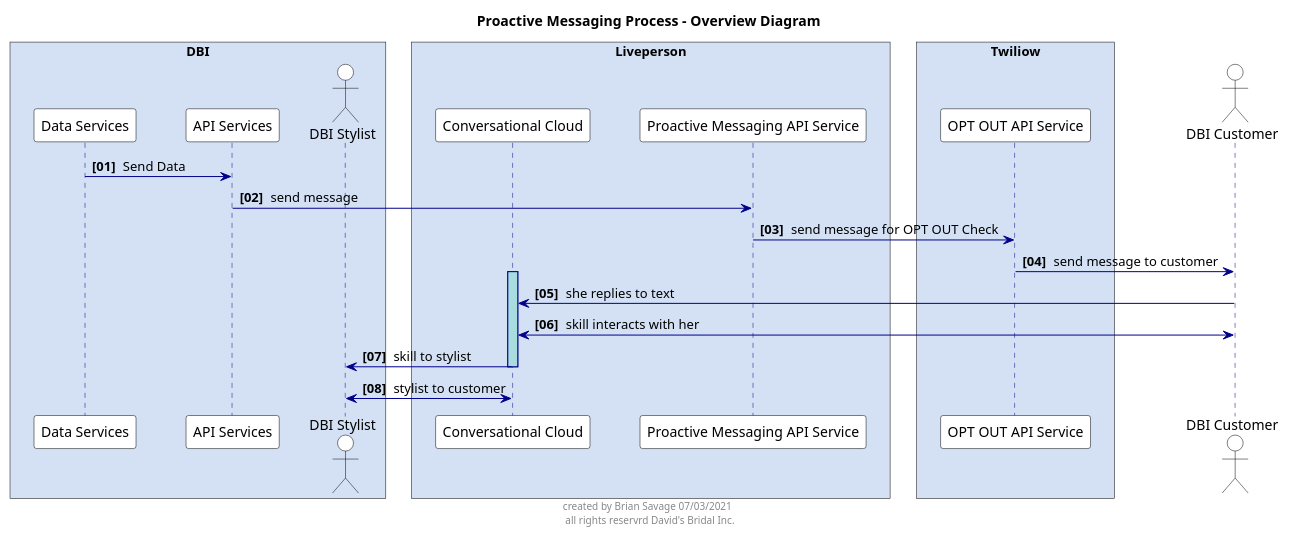
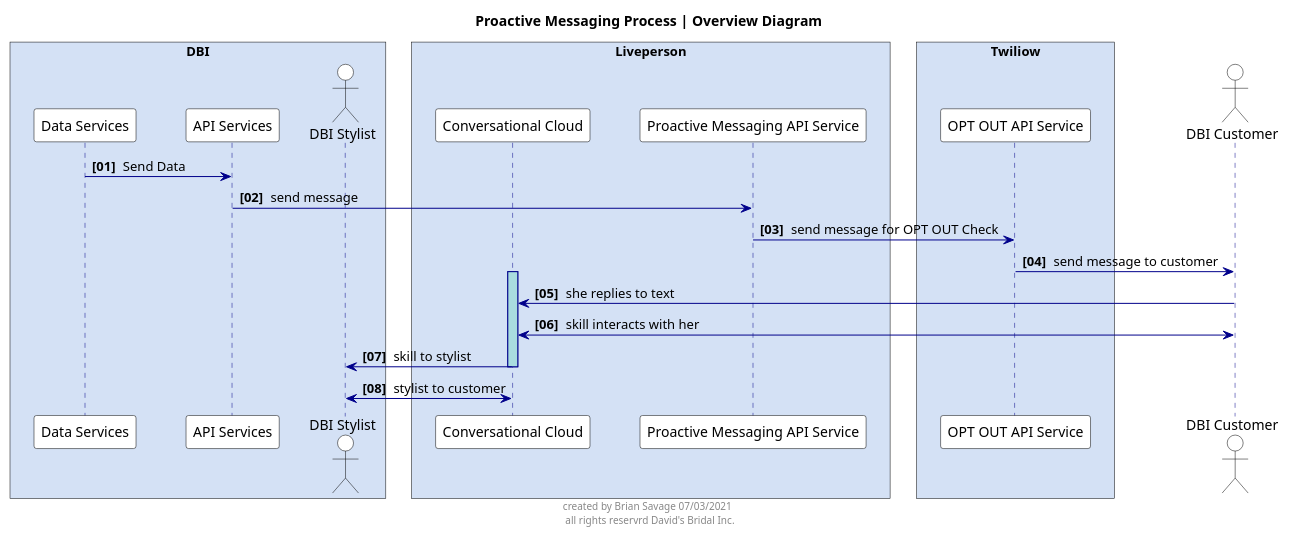
One commit to bsavage-dbi/assets changed the diagram in diagrams/proactive-messaging-overview.puml. Above: the diagram before and after it, drawn with PlantUML. The commit also changed 11 other files, not shown here.

```diff
--- a/diagrams/proactive-messaging-overview.puml
+++ b/diagrams/proactive-messaging-overview.puml
@@ -1,55 +1,55 @@
 @startuml
 
 skinparam sequenceBoxBorderColor #black
 skinparam NoteBorderColor #black
 
 skinparam sequence {
     ArrowColor DarkBlue
     ActorBackgroundColor White
     ActorBorderColor black
     LifeLineBorderColor DarkBlue
     LifeLineBackgroundColor #A9DCDF
     BoxPadding 20
     ParticipantPadding 20
     ParticipantBorderColor Black
     ParticipantBackgroundColor White
 }
 
 autonumber "<b>[00] "
 footer created by Brian Savage 07/03/2021 \n all rights reservrd David's Bridal Inc.
 
-title Proactive Messaging Process - Overview Diagram
+title Proactive Messaging Process | Overview Diagram
 
 box "DBI" #D4E1F5
 participant "Data Services" as DBI_DATA
 participant "API Services" as DBI_API
 
 actor "DBI Stylist" as DBI_STY
 end box
 
 box "Liveperson" #D4E1F5
 participant "Conversational Cloud" as LPCC
 participant "Proactive Messaging API Service" as LPPM
 end box
 
 box "Twiliow" #D4E1F5
 participant "OPT OUT API Service" as TWAS
 end box
 
 actor "DBI Customer" as DBI_CUS
 
 DBI_DATA -> DBI_API : Send Data
 DBI_API -> LPPM : send message
 
 LPPM -> TWAS : send message for OPT OUT Check
 TWAS -> DBI_CUS : send message to customer
 
 activate LPCC
 
 LPCC <- DBI_CUS : she replies to text
 LPCC <-> DBI_CUS : skill interacts with her
 DBI_STY <- LPCC : skill to stylist
 deactivate LPCC
 
 DBI_STY <-> LPCC : stylist to customer
 @enduml
```
